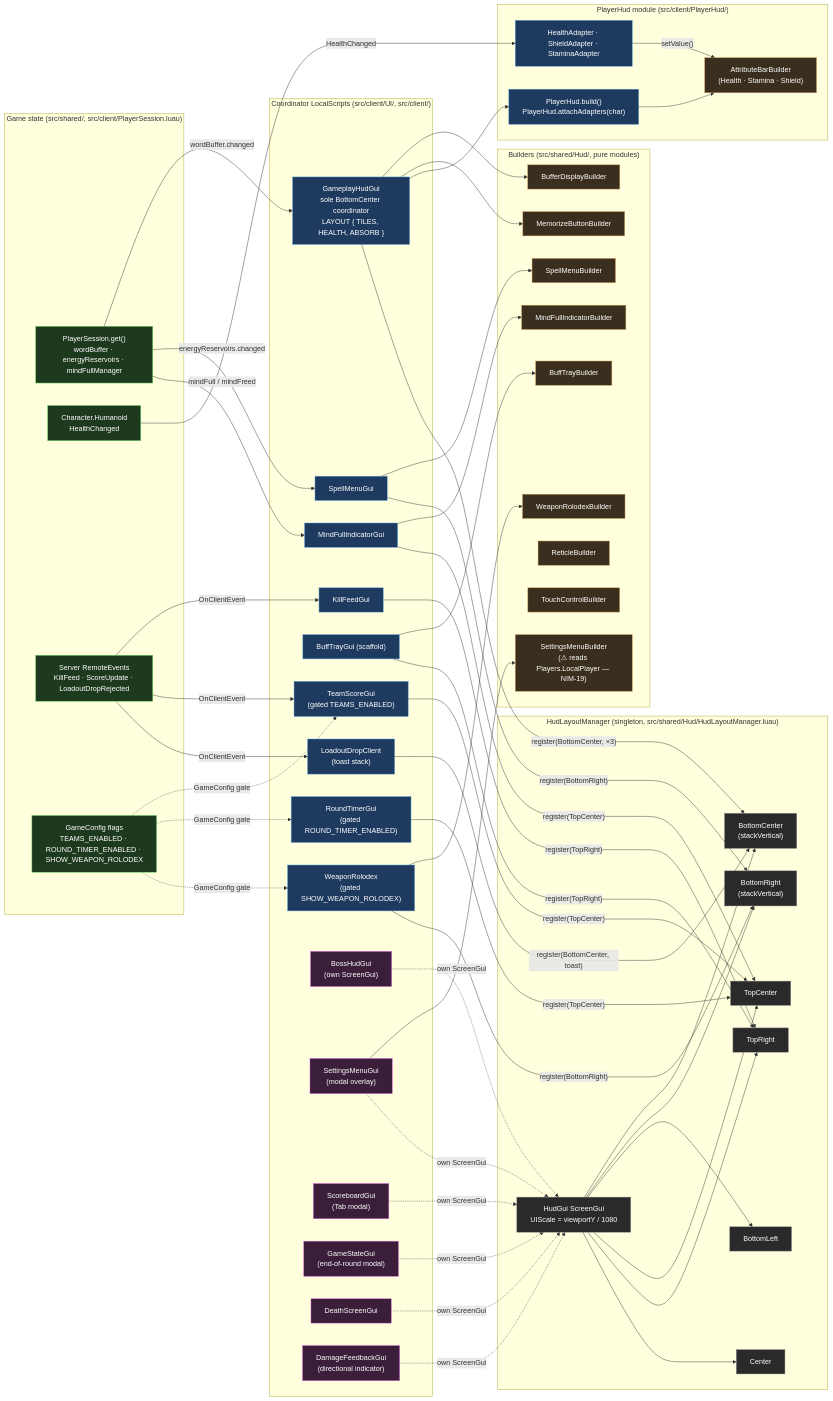
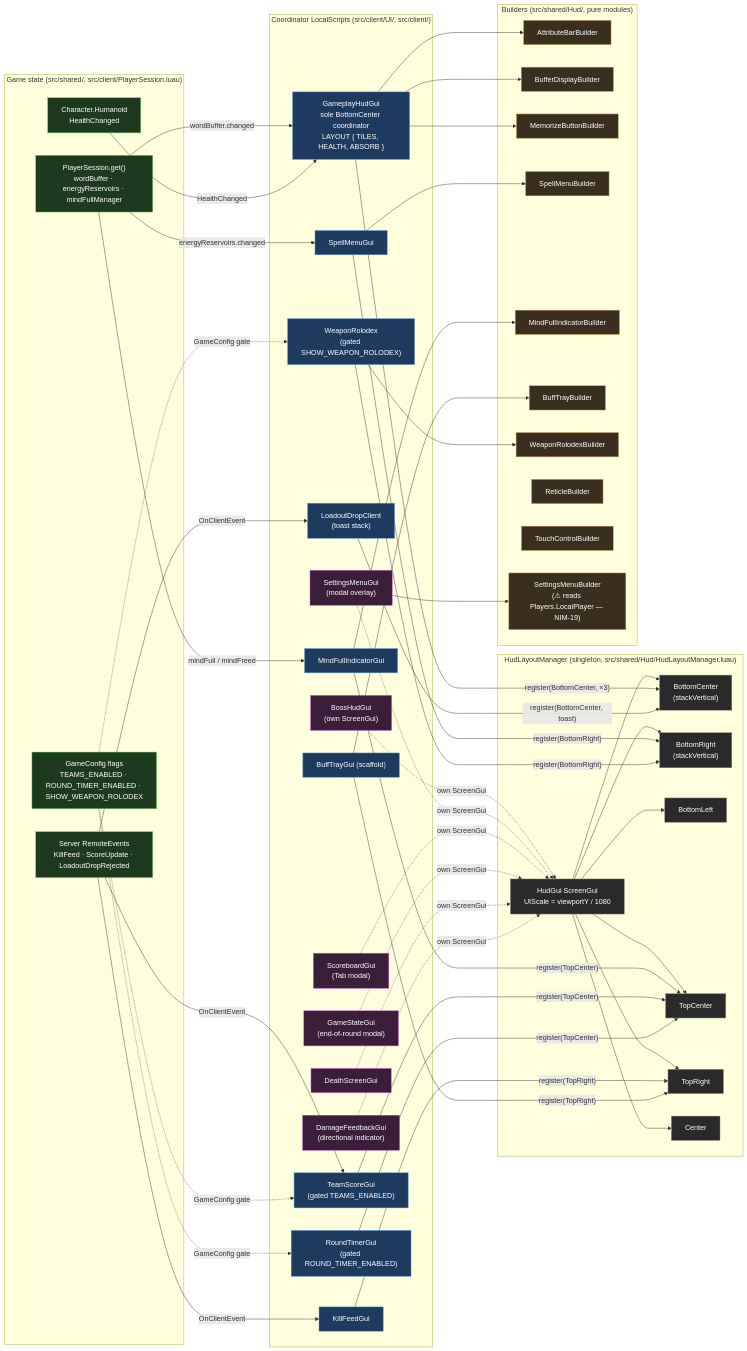
Before and after one commit to Lukizanda/brain-fighter: the diagram in wiki/systems/HUD.md, drawn with Mermaid. The commit also changed other lines of this file and 9 other files, not shown here.

First line of the commit message:
refactor(hud): strip PlayerHud indirection, inline health bar

````diff
--- a/wiki/systems/HUD.md
+++ b/wiki/systems/HUD.md
@@ -56,13 +56,8 @@
     DFG["DamageFeedbackGui<br/>(directional indicator)"]:::modal
   end
 
-  subgraph PH["PlayerHud module (src/client/PlayerHud/)"]
-    PHUD["PlayerHud.build()<br/>PlayerHud.attachAdapters(char)"]:::coord
-    AB["AttributeBarBuilder<br/>(Health · Stamina · Shield)"]:::builder
-    AD["HealthAdapter · ShieldAdapter · StaminaAdapter"]:::coord
-  end
-
   subgraph BLD["Builders (src/shared/Hud/, pure modules)"]
+    ABB["AttributeBarBuilder"]:::builder
     BDB["BufferDisplayBuilder"]:::builder
     MBB["MemorizeButtonBuilder"]:::builder
     SMB["SpellMenuBuilder"]:::builder
@@ -75,13 +70,12 @@
   end
 
   %% --- coordinator → builder ---
-  GHUD --> BDB & MBB & PHUD
+  GHUD --> BDB & MBB & ABB
   SMG --> SMB
   MFI --> MFB
   BTG --> BTB
   WRG --> WRB
   SMGUI --> STB
-  PHUD --> AB
 
   %% --- coordinator → HudLayoutManager region ---
   GHUD -- "register(BottomCenter, ×3)" --> BC
@@ -106,8 +100,7 @@
   PS -- "wordBuffer.changed" --> GHUD
   PS -- "energyReservoirs.changed" --> SMG
   PS -- "mindFull / mindFreed" --> MFI
-  HUM -- "HealthChanged" --> AD
-  AD -- "setValue()" --> AB
+  HUM -- "HealthChanged" --> GHUD
   REM -- "OnClientEvent" --> KFG & TSG & LDC
   CFG -. "GameConfig gate" .-> TSG & RTG & WRG
 ```
````
